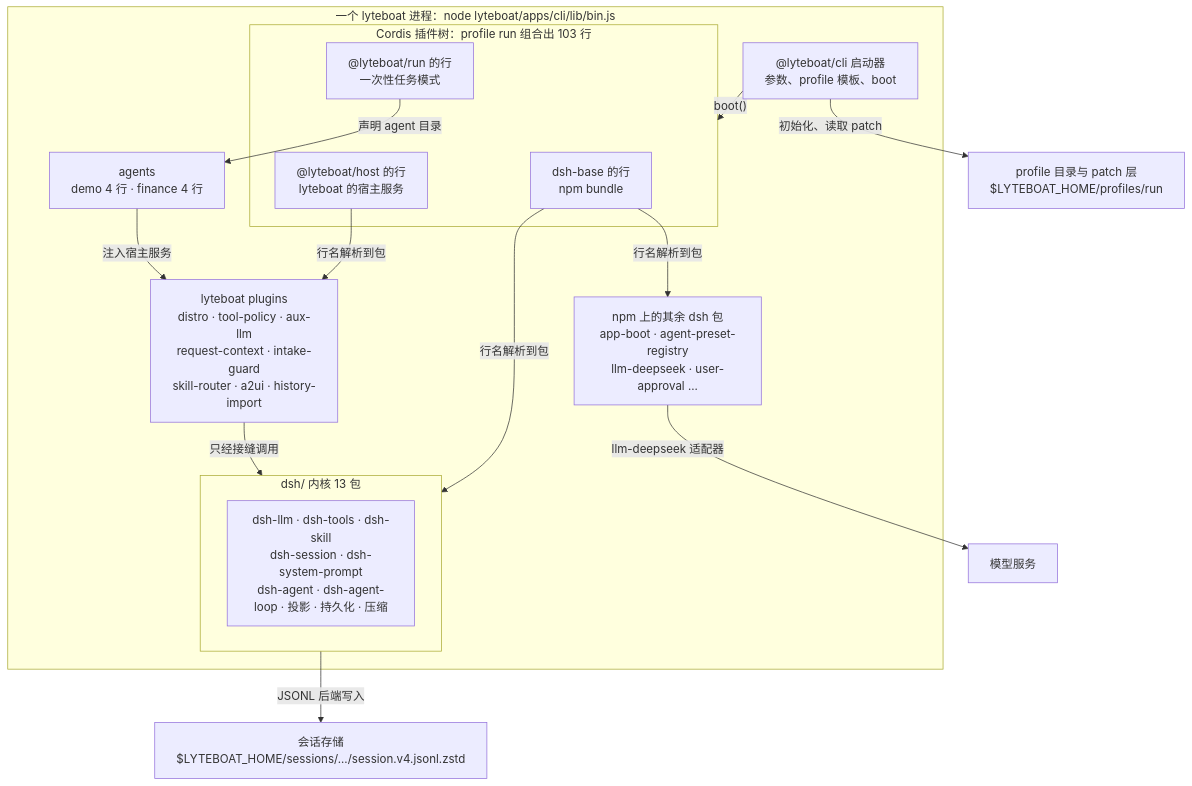
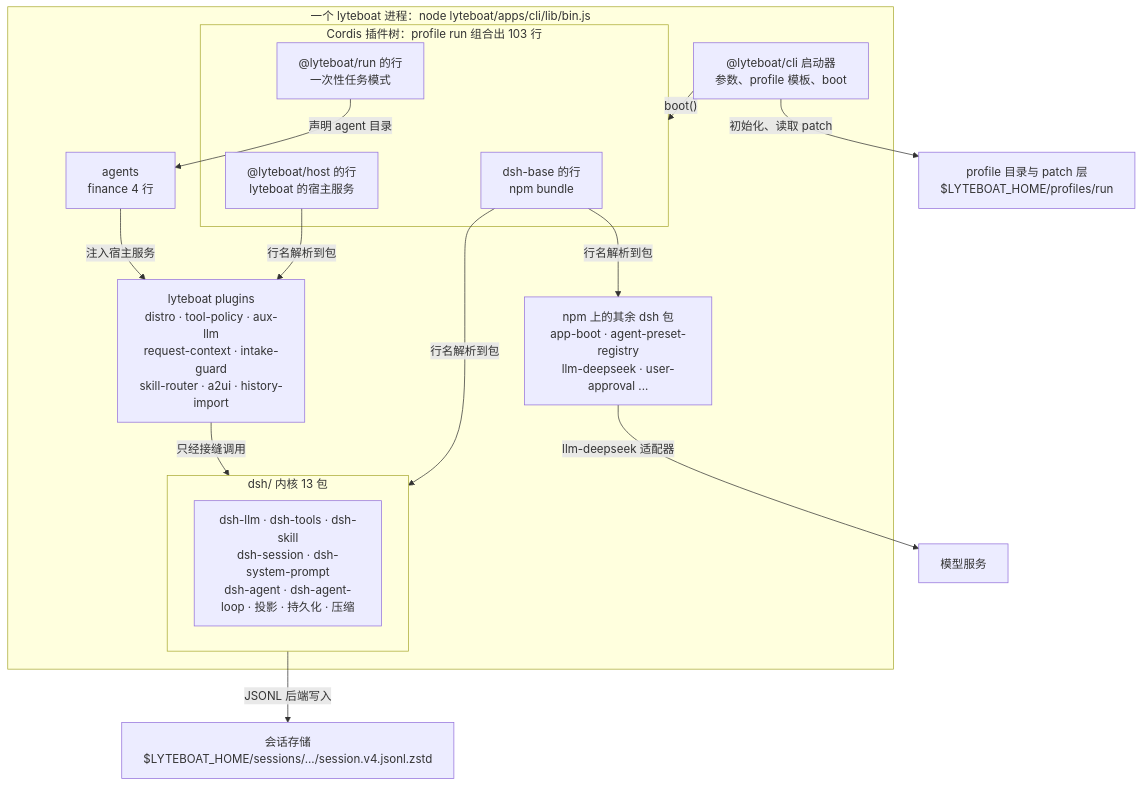
One commit to lyteboat/boat changed the second of 11 diagrams in docs/01-architecture.md. Above: the diagram before and after it, drawn with Mermaid. The commit also changed other lines of this file, not shown here.

First line of the commit message:
docs: doc 01 follows the minimal finance agent

````diff
--- a/docs/01-architecture.md
+++ b/docs/01-architecture.md
@@ -102,30 +102,30 @@
 ```mermaid
 flowchart TB
   subgraph PROC["一个 lyteboat 进程：node lyteboat/apps/cli/lib/bin.js"]
     cli["@lyteboat/cli 启动器<br/>参数、profile 模板、boot"]
     subgraph TREE["Cordis 插件树：profile run 组合出 103 行"]
       base["dsh-base 的行<br/>npm bundle"]
       host["@lyteboat/host 的行<br/>lyteboat 的宿主服务"]
       runb["@lyteboat/run 的行<br/>一次性任务模式"]
     end
     subgraph KERNEL["dsh/ 内核 13 包"]
       kpk["dsh-llm · dsh-tools · dsh-skill<br/>dsh-session · dsh-system-prompt<br/>dsh-agent · dsh-agent-loop · 投影 · 持久化 · 压缩"]
     end
     npmpk["npm 上的其余 dsh 包<br/>app-boot · agent-preset-registry<br/>llm-deepseek · user-approval ..."]
     plugins["lyteboat plugins<br/>distro · tool-policy · aux-llm<br/>request-context · intake-guard<br/>skill-router · a2ui · history-import"]
-    agents["agents<br/>demo 4 行 · finance 4 行"]
+    agents["agents<br/>finance 4 行"]
   end
   prof["profile 目录与 patch 层<br/>$LYTEBOAT_HOME/profiles/run"]
   store["会话存储<br/>$LYTEBOAT_HOME/sessions/.../session.v4.jsonl.zstd"]
   model["模型服务"]
   cli -->|"初始化、读取 patch"| prof
   cli -->|"boot()"| TREE
   base -->|"行名解析到包"| KERNEL
   base -->|"行名解析到包"| npmpk
   host -->|"行名解析到包"| plugins
   runb -->|"声明 agent 目录"| agents
   agents -->|"注入宿主服务"| plugins
   plugins -->|"只经接缝调用"| KERNEL
   KERNEL -->|"JSONL 后端写入"| store
   npmpk -->|"llm-deepseek 适配器"| model
 ```
````
